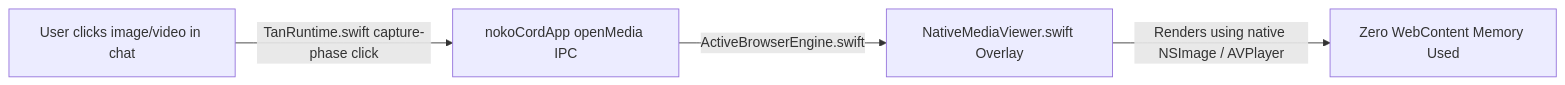
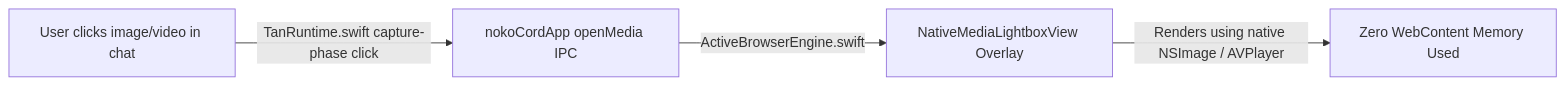
The first of 2 diagrams in docs/NATIVE_FEATURES.md (shiikatan/NokoCord), drawn with Mermaid before and after one commit. The commit also changed other lines of this file and 7 other files, not shown here.

````diff
--- a/docs/NATIVE_FEATURES.md
+++ b/docs/NATIVE_FEATURES.md
@@ -13,6 +13,6 @@
 ```mermaid
 graph LR
     A[User clicks image/video in chat] -->|TanRuntime.swift capture-phase click| B[nokoCordApp openMedia IPC]
-    B -->|ActiveBrowserEngine.swift| C[NativeMediaViewer.swift Overlay]
+    B -->|ActiveBrowserEngine.swift| C[NativeMediaLightboxView Overlay]
     C -->|Renders using native NSImage / AVPlayer| D[Zero WebContent Memory Used]
 ```
````
